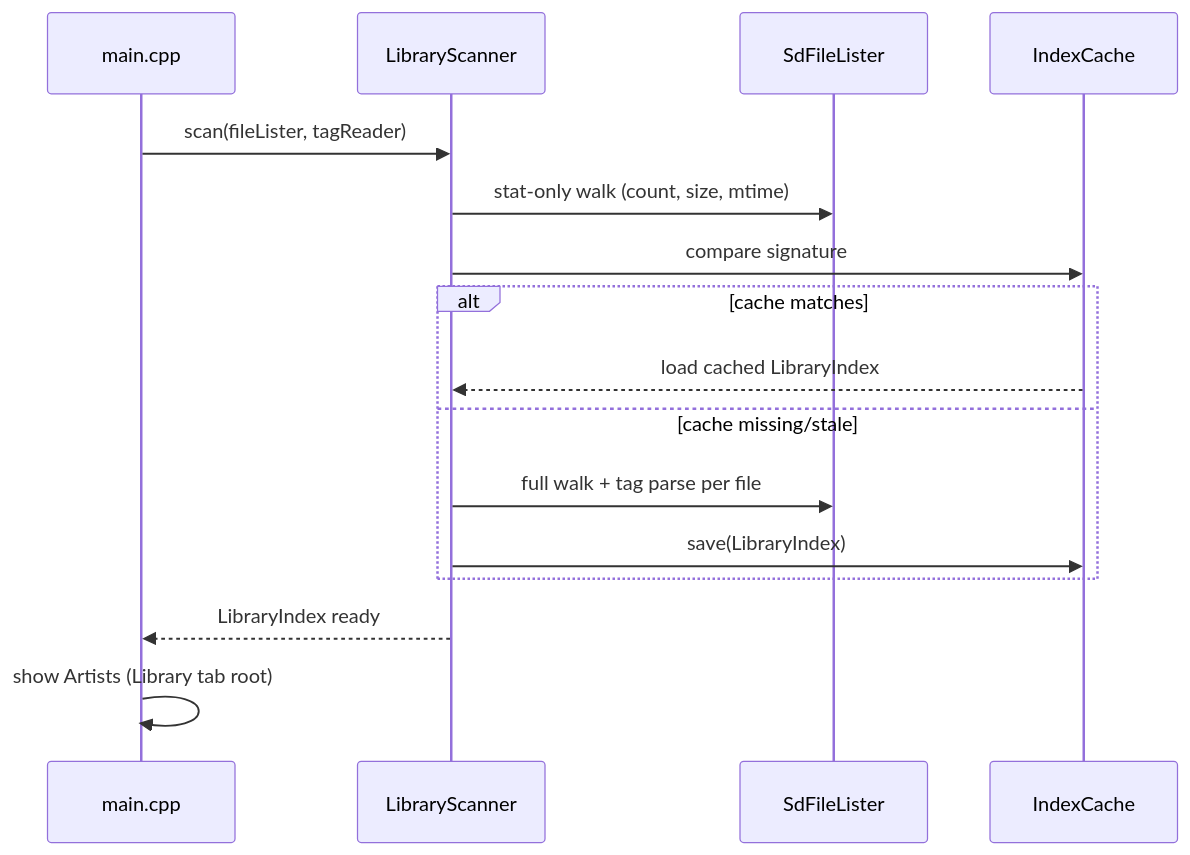
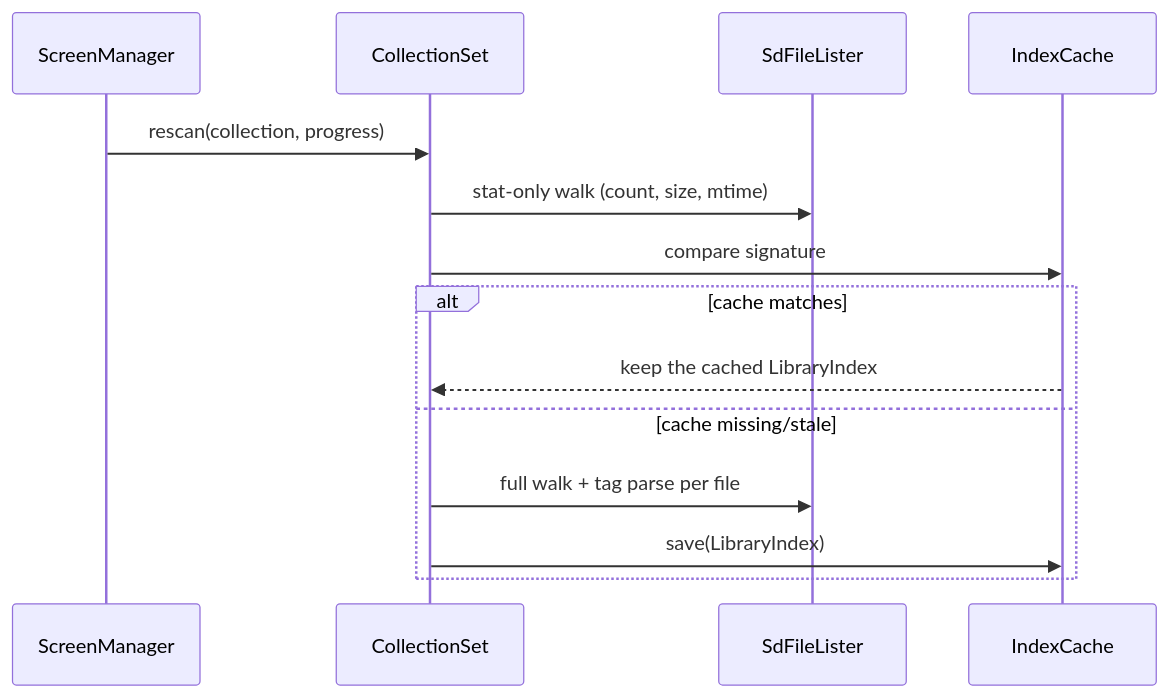
Before and after one commit to bjblazko/knobify: the fourth of 6 diagrams in docs/arc42/arc42.md, drawn with Mermaid. The commit also changed other lines of this file and 1 other file, not shown here.

````diff
--- a/docs/arc42/arc42.md
+++ b/docs/arc42/arc42.md
@@ -191,19 +245,17 @@
 ```mermaid
 sequenceDiagram
-    participant Main as main.cpp
-    participant Scan as LibraryScanner
+    participant UI as ScreenManager
+    participant Set as CollectionSet
     participant SD as SdFileLister
     participant Cache as IndexCache
 
-    Main->>Scan: scan(fileLister, tagReader)
-    Scan->>SD: stat-only walk (count, size, mtime)
-    Scan->>Cache: compare signature
+    UI->>Set: rescan(collection, progress)
+    Set->>SD: stat-only walk (count, size, mtime)
+    Set->>Cache: compare signature
     alt cache matches
-        Cache-->>Scan: load cached LibraryIndex
+        Cache-->>Set: keep the cached LibraryIndex
     else cache missing/stale
-        Scan->>SD: full walk + tag parse per file
-        Scan->>Cache: save(LibraryIndex)
+        Set->>SD: full walk + tag parse per file
+        Set->>Cache: save(LibraryIndex)
     end
-    Scan-->>Main: LibraryIndex ready
-    Main->>Main: show Artists (Library tab root)
 ```
````
